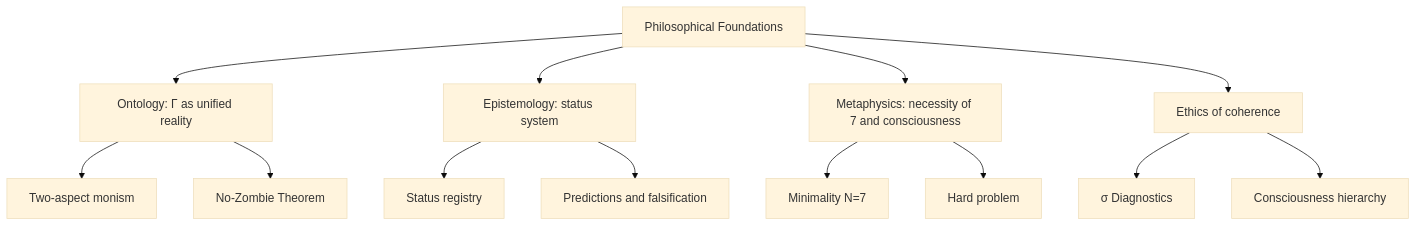
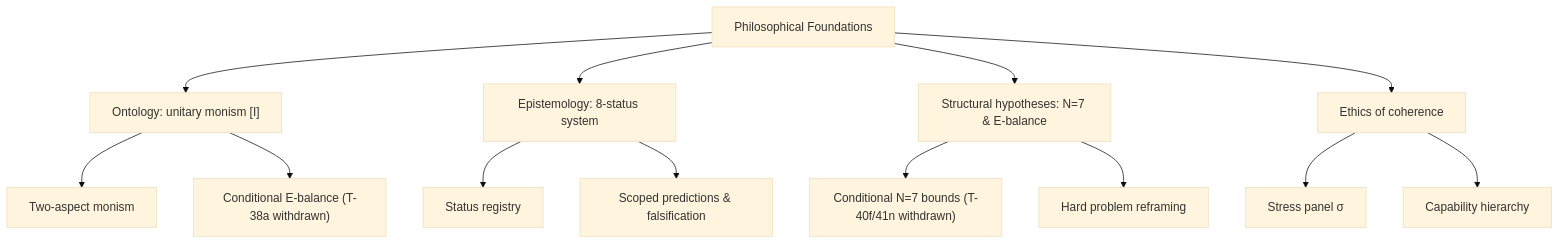
Before and after one commit to gst-st/uhm: the diagram in website/docs/applied/coherence-cybernetics/philosophy.md, drawn with Mermaid (base theme). The commit also changed other lines of this file and 376 other files, not shown here.

First line of the commit message:
Refactor UHM canon, decontaminate architecture, and verify EN/RU parity

````diff
--- a/website/docs/applied/coherence-cybernetics/philosophy.md
+++ b/website/docs/applied/coherence-cybernetics/philosophy.md
@@ -440,22 +394,22 @@
 ```mermaid
 graph TD
-    PHIL["Philosophical Foundations"] --> ONTO["Ontology: Γ as unified reality"]
-    PHIL --> EPIST["Epistemology: status system"]
-    PHIL --> META["Metaphysics: necessity of 7 and consciousness"]
+    PHIL["Philosophical Foundations"] --> ONTO["Ontology: unitary monism [I]"]
+    PHIL --> EPIST["Epistemology: 8-status system"]
+    PHIL --> META["Structural hypotheses: N=7 & E-balance"]
     PHIL --> ETHICS["Ethics of coherence"]
 
     ONTO --> TAM["Two-aspect monism"]
-    ONTO --> NOZOMBIE["No-Zombie Theorem"]
+    ONTO --> EBAL["Conditional E-balance (T-38a withdrawn)"]
     EPIST --> REGISTRY["Status registry"]
-    EPIST --> PRED["Predictions and falsification"]
-    META --> MIN7["Minimality N=7"]
-    META --> HARD["Hard problem"]
-    ETHICS --> DIAG["σ Diagnostics"]
-    ETHICS --> HIER["Consciousness hierarchy"]
+    EPIST --> PRED["Scoped predictions & falsification"]
+    META --> MIN7["Conditional N=7 bounds (T-40f/41n withdrawn)"]
+    META --> HARD["Hard problem reframing"]
+    ETHICS --> DIAG["Stress panel σ"]
+    ETHICS --> HIER["Capability hierarchy"]
 
     click TAM "/docs/consciousness/foundations/two-aspect-monism"
     click REGISTRY "/docs/reference/status-registry"
     click PRED "./predictions"
     click MIN7 "/docs/proofs/minimality/theorem-minimality-7"
     click DIAG "./diagnostics"
 ```
````
